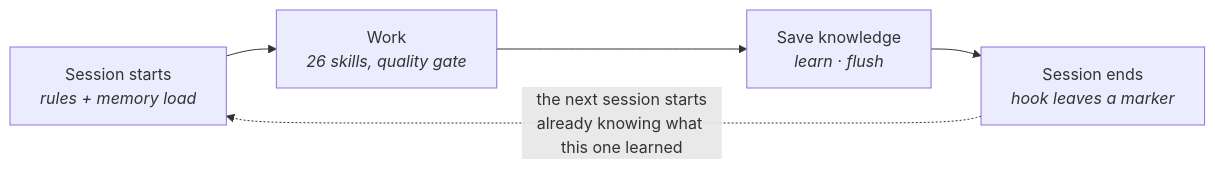
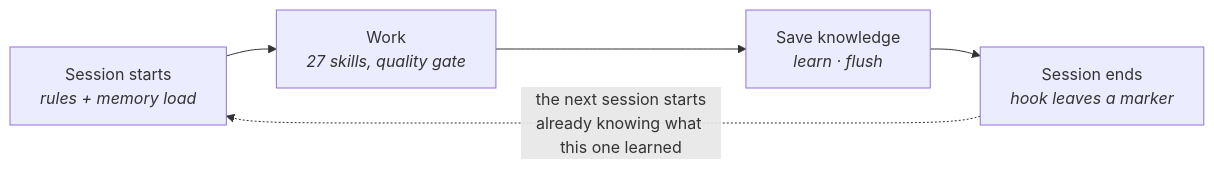
The first of 4 diagrams in SYSTEM-OVERVIEW.md (selawood-web/claude-code-generic-guide), drawn with Mermaid before and after one commit. The commit also changed other lines of this file and 24 other files, not shown here.

````diff
--- a/SYSTEM-OVERVIEW.md
+++ b/SYSTEM-OVERVIEW.md
@@ -36,7 +36,7 @@
 ```mermaid
 flowchart LR
-    A["Session starts<br/><i>rules + memory load</i>"] --> B["Work<br/><i>26 skills, quality gate</i>"]
+    A["Session starts<br/><i>rules + memory load</i>"] --> B["Work<br/><i>27 skills, quality gate</i>"]
     B --> C["Save knowledge<br/><i>learn · flush</i>"]
     C --> D["Session ends<br/><i>hook leaves a marker</i>"]
     D -. "the next session starts<br/>already knowing what this one learned" .-> A
 ```
````
